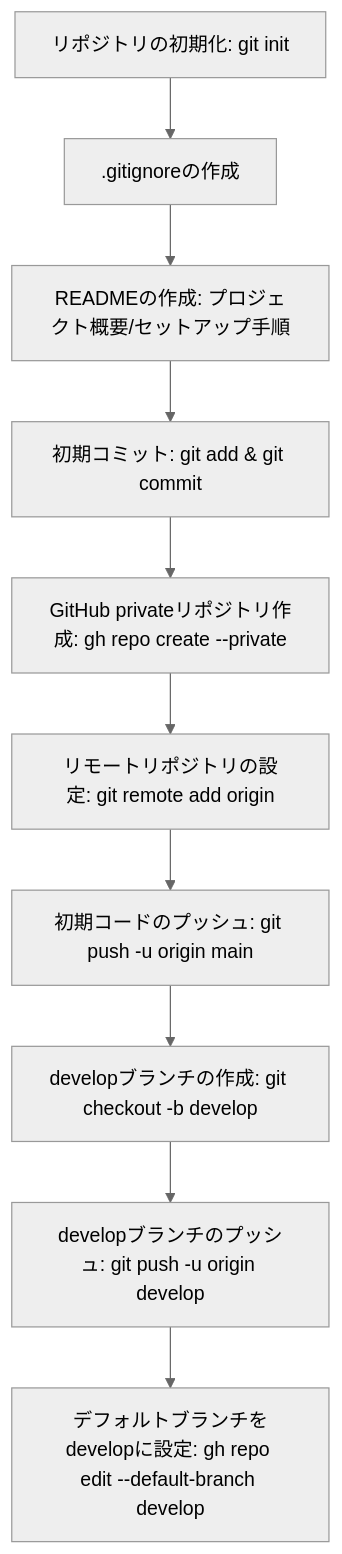
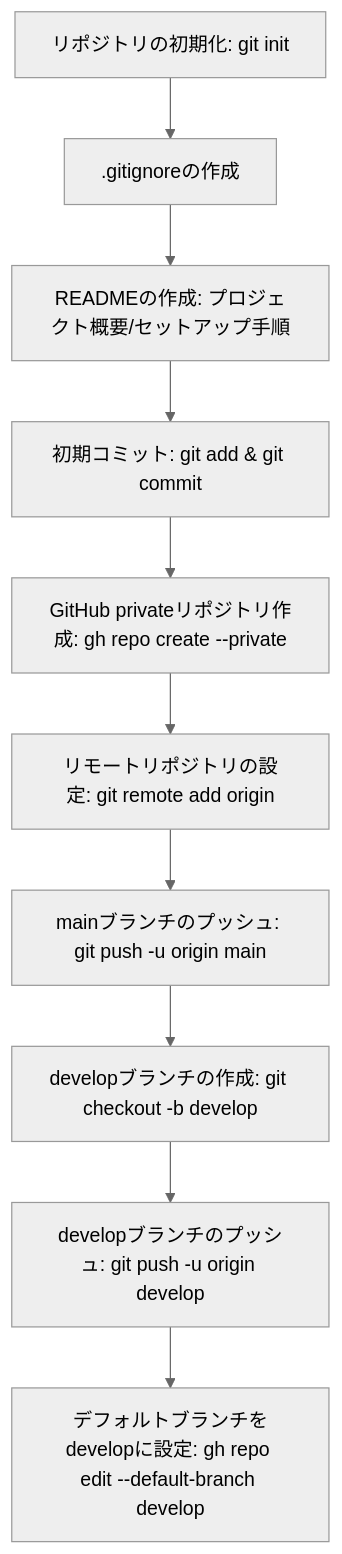
The diagram in .roo/rules-create-git-repository/01-workflow.md (asamuzak09/roo-code-rules), drawn with Mermaid (neutral theme) before and after one commit.

Commit message:
fix push main node name

````diff
--- a/.roo/rules-create-git-repository/01-workflow.md
+++ b/.roo/rules-create-git-repository/01-workflow.md
@@ -10,12 +10,12 @@
 ```mermaid
 flowchart TD
     C1[リポジトリの初期化: git init] --> C2[.gitignoreの作成]
     C2 --> C3[READMEの作成: プロジェクト概要/セットアップ手順]
     C3 --> C4[初期コミット: git add & git commit]
     C4 --> C5[GitHub privateリポジトリ作成: gh repo create --private]
     C5 --> C6[リモートリポジトリの設定: git remote add origin]
-    C6 --> C7[初期コードのプッシュ: git push -u origin main]
+    C6 --> C7[mainブランチのプッシュ: git push -u origin main]
     C7 --> C8[developブランチの作成: git checkout -b develop]
     C8 --> C9[developブランチのプッシュ: git push -u origin develop]
     C9 --> C10[デフォルトブランチをdevelopに設定: gh repo edit --default-branch develop]
 ```
````
